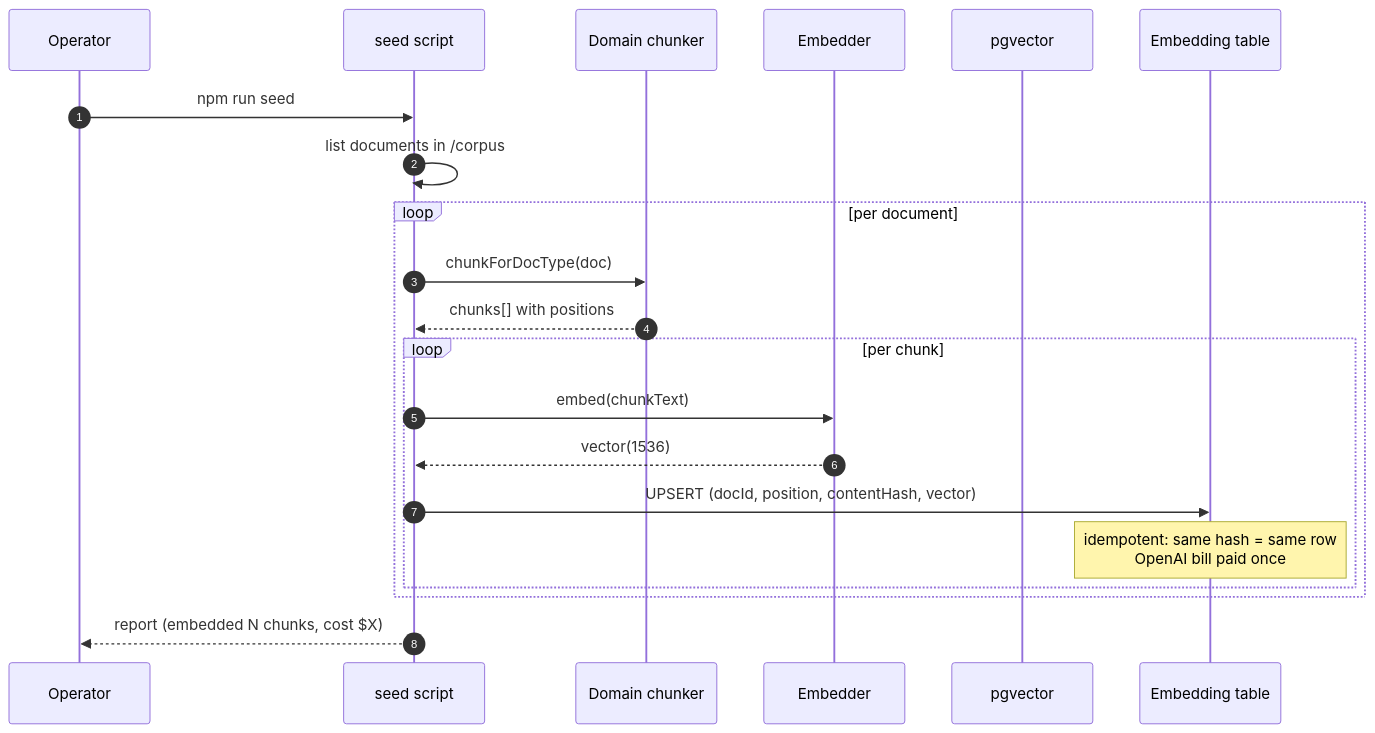
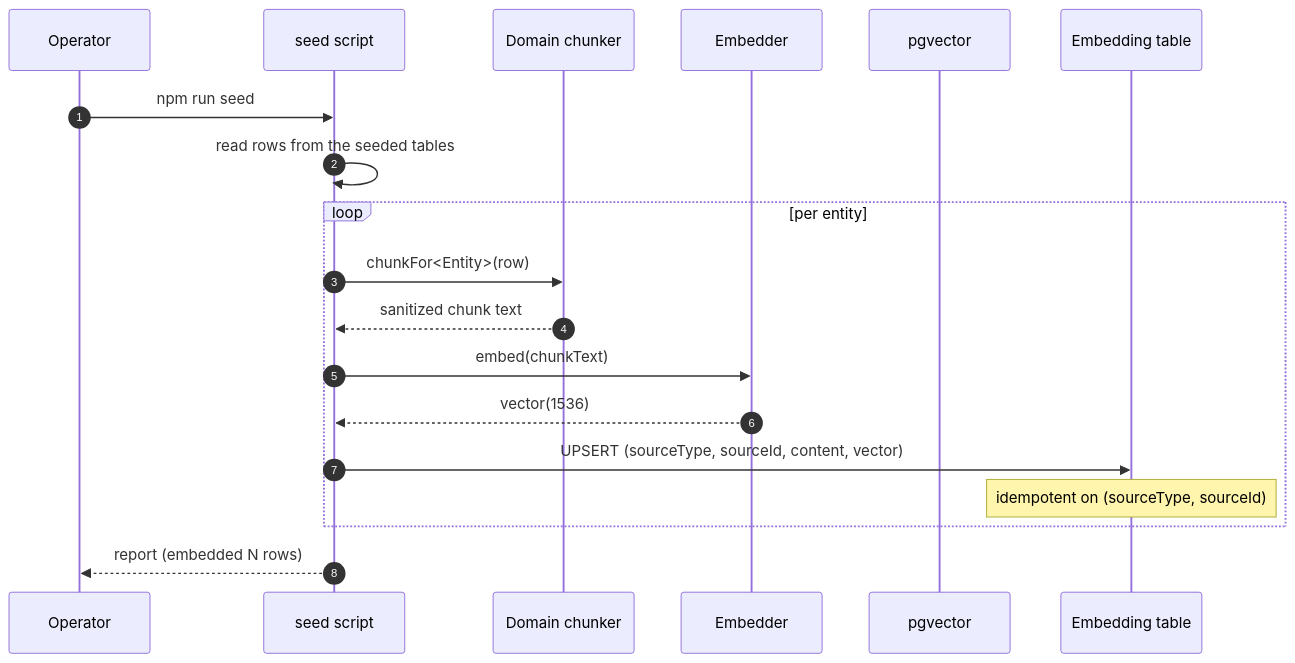
One commit to ykstorm/anchor changed the third of 4 diagrams in docs/architecture.md. Above: the diagram before and after it, drawn with Mermaid. The commit also changed other lines of this file and 50 other files, not shown here.

````diff
--- a/docs/architecture.md
+++ b/docs/architecture.md
@@ -108,24 +114,22 @@
 ```mermaid
 sequenceDiagram
     autonumber
     participant Op as Operator
     participant Seed as seed script
     participant Chunk as Domain chunker
     participant E as Embedder
     participant V as pgvector
     participant L as Embedding table
 
     Op->>Seed: npm run seed
-    Seed->>Seed: list documents in /corpus
-    loop per document
-        Seed->>Chunk: chunkForDocType(doc)
-        Chunk-->>Seed: chunks[] with positions
-        loop per chunk
-            Seed->>E: embed(chunkText)
-            E-->>Seed: vector(1536)
-            Seed->>L: UPSERT (docId, position, contentHash, vector)
-            Note over L: idempotent: same hash = same row<br/>OpenAI bill paid once
-        end
+    Seed->>Seed: read rows from the seeded tables
+    loop per entity
+        Seed->>Chunk: chunkFor<Entity>(row)
+        Chunk-->>Seed: sanitized chunk text
+        Seed->>E: embed(chunkText)
+        E-->>Seed: vector(1536)
+        Seed->>L: UPSERT (sourceType, sourceId, content, vector)
+        Note over L: idempotent on (sourceType, sourceId)
     end
-    Seed-->>Op: report (embedded N chunks, cost $X)
+    Seed-->>Op: report (embedded N rows)
 ```
````
